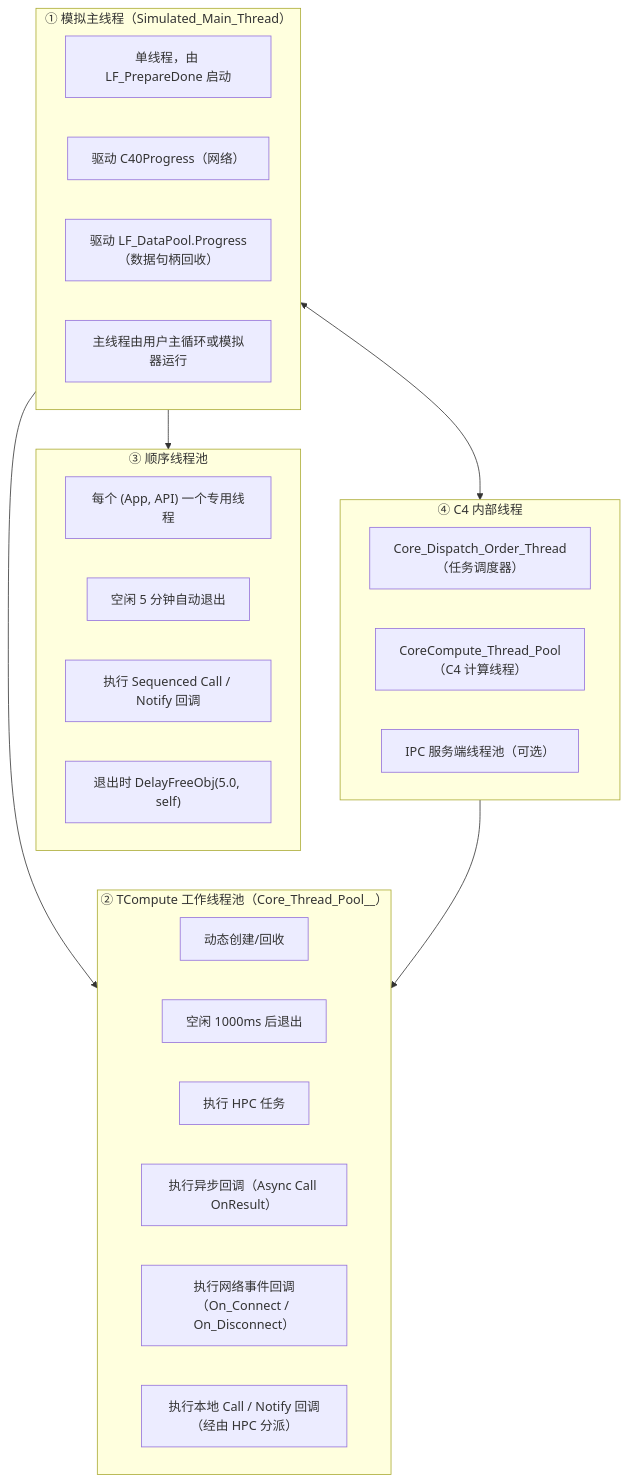
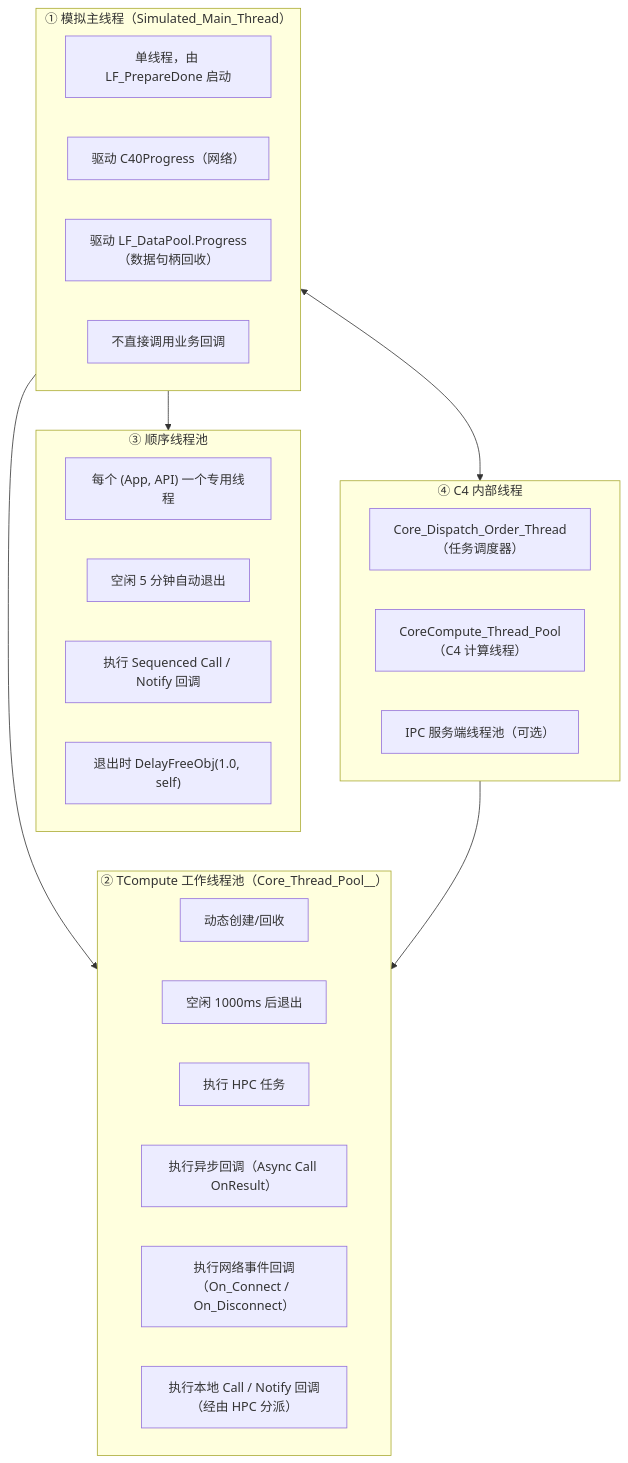
One commit to PassByYou888/LingoFuse changed the first of 22 diagrams in Z.LingoFuse.md. Above: the diagram before and after it, drawn with Mermaid. The commit also changed other lines of this file, not shown here.

````diff
--- a/Z.LingoFuse.md
+++ b/Z.LingoFuse.md
@@ -94,36 +56,36 @@
 ```mermaid
 flowchart TD
     subgraph Main["① 模拟主线程（Simulated_Main_Thread）"]
         M1["单线程，由 LF_PrepareDone 启动"]
         M2["驱动 C40Progress（网络）"]
         M3["驱动 LF_DataPool.Progress（数据句柄回收）"]
-        M4["主线程由用户主循环或模拟器运行"]
+        M4["不直接调用业务回调"]
     end
 
     subgraph TC["② TCompute 工作线程池（Core_Thread_Pool__）"]
         T1["动态创建/回收"]
         T2["空闲 1000ms 后退出"]
         T3["执行 HPC 任务"]
         T4["执行异步回调（Async Call OnResult）"]
         T5["执行网络事件回调（On_Connect / On_Disconnect）"]
         T6["执行本地 Call / Notify 回调（经由 HPC 分派）"]
     end
 
     subgraph Seq["③ 顺序线程池"]
         S1["每个 (App, API) 一个专用线程"]
         S2["空闲 5 分钟自动退出"]
         S3["执行 Sequenced Call / Notify 回调"]
-        S4["退出时 DelayFreeObj(5.0, self)"]
+        S4["退出时 DelayFreeObj(1.0, self)"]
     end
 
     subgraph C4["④ C4 内部线程"]
         C1["Core_Dispatch_Order_Thread（任务调度器）"]
         C2["CoreCompute_Thread_Pool（C4 计算线程）"]
         C3["IPC 服务端线程池（可选）"]
     end
 
     Main --> TC
     Main --> Seq
     C4 --> TC
     Main <--> C4
 ```
````
